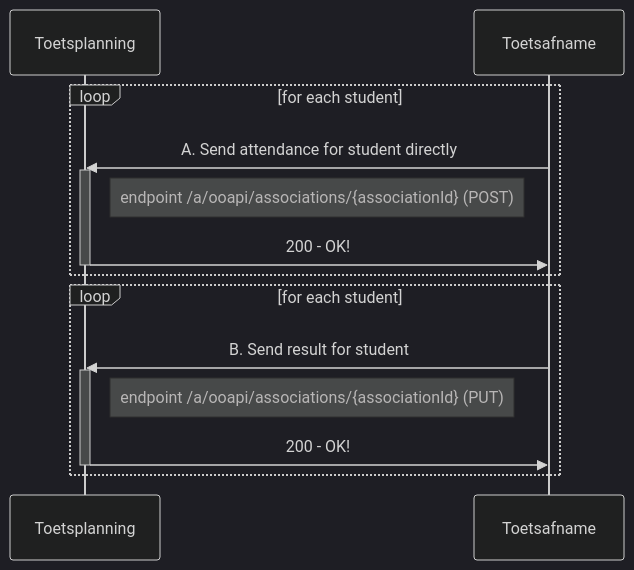
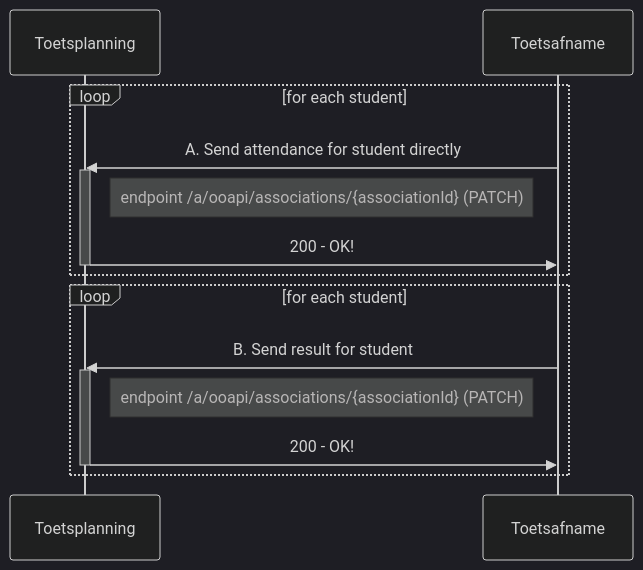
One commit to NetwerkExamineringDigitalisering/NED-OOAPI changed the second of 4 diagrams in doc/flow3.md. Above: the diagram before and after it, drawn with Mermaid (dark theme). The commit also changed other lines of this file, not shown here.

First line of the commit message:
Update flow3.md

````diff
--- a/doc/flow3.md
+++ b/doc/flow3.md
@@ -69,19 +69,19 @@
 ```mermaid
 sequenceDiagram
     participant Toetsplanning
     participant Toetsafname
     loop for each student
       Toetsafname->>Toetsplanning: A. Send attendance for student directly
       activate Toetsplanning
-      Note right of Toetsplanning: endpoint /a/ooapi/associations/{associationId} (POST)
+      Note right of Toetsplanning: endpoint /a/ooapi/associations/{associationId} (PATCH)
       Toetsplanning->>Toetsafname: 200 - OK!
       deactivate Toetsplanning
    end
     loop for each student
       Toetsafname->>Toetsplanning: B. Send result for student
       activate Toetsplanning
-      Note right of Toetsplanning: endpoint /a/ooapi/associations/{associationId} (PUT)
+      Note right of Toetsplanning: endpoint /a/ooapi/associations/{associationId} (PATCH)
       Toetsplanning->>Toetsafname: 200 - OK!
       deactivate Toetsplanning
    end
 ```
````
